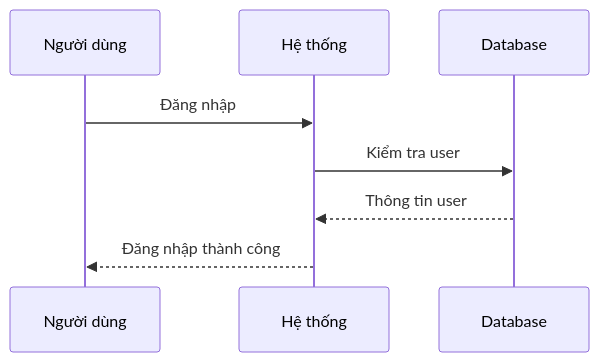
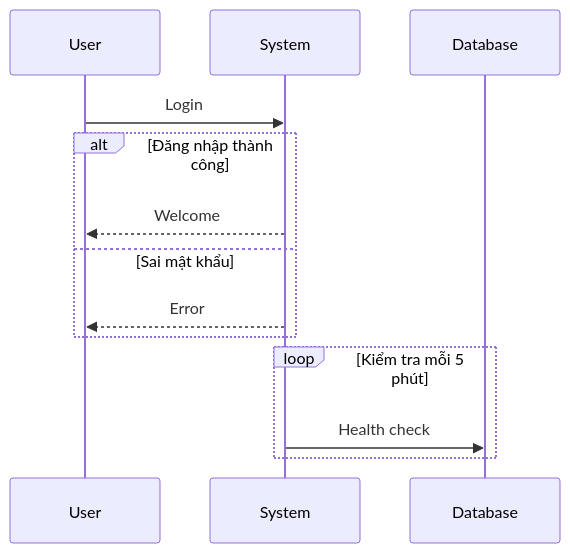
Before and after one commit to minhdo20043006/hoc-mermaid: the second of 2 diagrams in README.md, drawn with Mermaid. The commit also changed other lines of this file, not shown here.

````diff
--- a/README.md
+++ b/README.md
@@ -1,10 +6,12 @@
 ```mermaid
 sequenceDiagram
-participant A as Người dùng
-participant B as Hệ thống
-participant C as Database
-A->>B: Đăng nhập
-B->>C: Kiểm tra user
-C-->>B: Thông tin user
-B-->>A: Đăng nhập thành công
+User->>System: Login
+alt Đăng nhập thành công
+System-->>User: Welcome
+else Sai mật khẩu
+System-->>User: Error
+end
+loop Kiểm tra mỗi 5 phút
+System->>Database: Health check
+end
 ```
````
